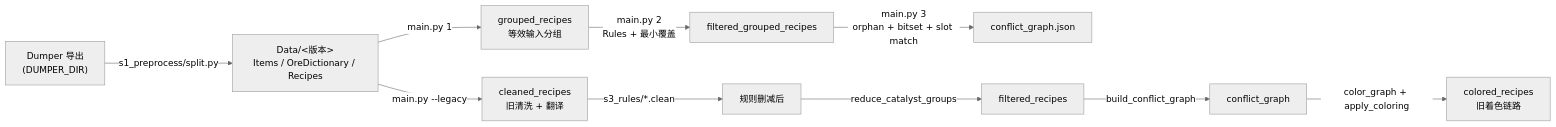
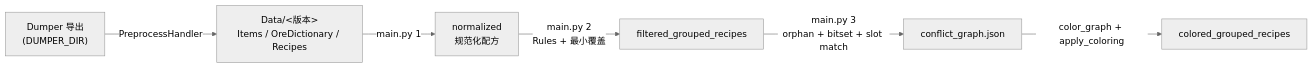
Before and after one commit to GTNH-Huijiwiki/GTNH-Recipe-Check: the diagram in README.md, drawn with Mermaid (neutral theme). The commit also changed other lines of this file and 20 other files, not shown here.

````diff
--- a/README.md
+++ b/README.md
@@ -232,12 +208,8 @@
 ```mermaid
 flowchart LR
-    A["Dumper 导出<br/>(DUMPER_DIR)"] -->|s1_preprocess/split.py| B["Data/&lt;版本&gt;<br/>Items / OreDictionary / Recipes"]
-    B -->|main.py 1| H["grouped_recipes<br/>等效输入分组"]
+    A["Dumper 导出<br/>(DUMPER_DIR)"] -->|PreprocessHandler| B["Data/&lt;版本&gt;<br/>Items / OreDictionary / Recipes"]
+    B -->|main.py 1| H["normalized<br/>规范化配方"]
     H -->|main.py 2<br/>Rules + 最小覆盖| I["filtered_grouped_recipes"]
     I -->|main.py 3<br/>orphan + bitset + slot match| J["conflict_graph.json"]
-    B -->|main.py --legacy| C["cleaned_recipes<br/>旧清洗 + 翻译"]
-    C -->|s3_rules/*.clean| D["规则删减后"]
-    D -->|reduce_catalyst_groups| E["filtered_recipes"]
-    E -->|build_conflict_graph| F["conflict_graph"]
-    F -->|color_graph + apply_coloring| G["colored_recipes<br/>旧着色链路"]
+    J -->|color_graph + apply_coloring| K["colored_grouped_recipes"]
 ```
````
